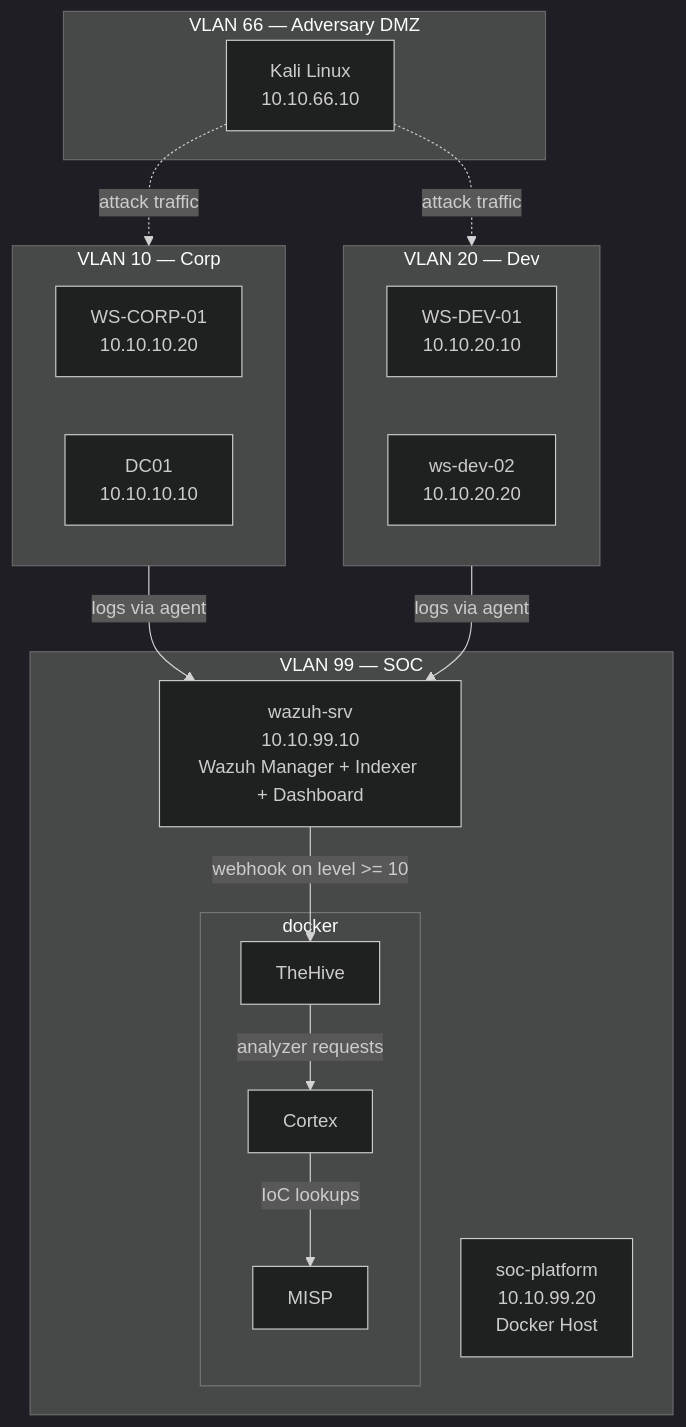
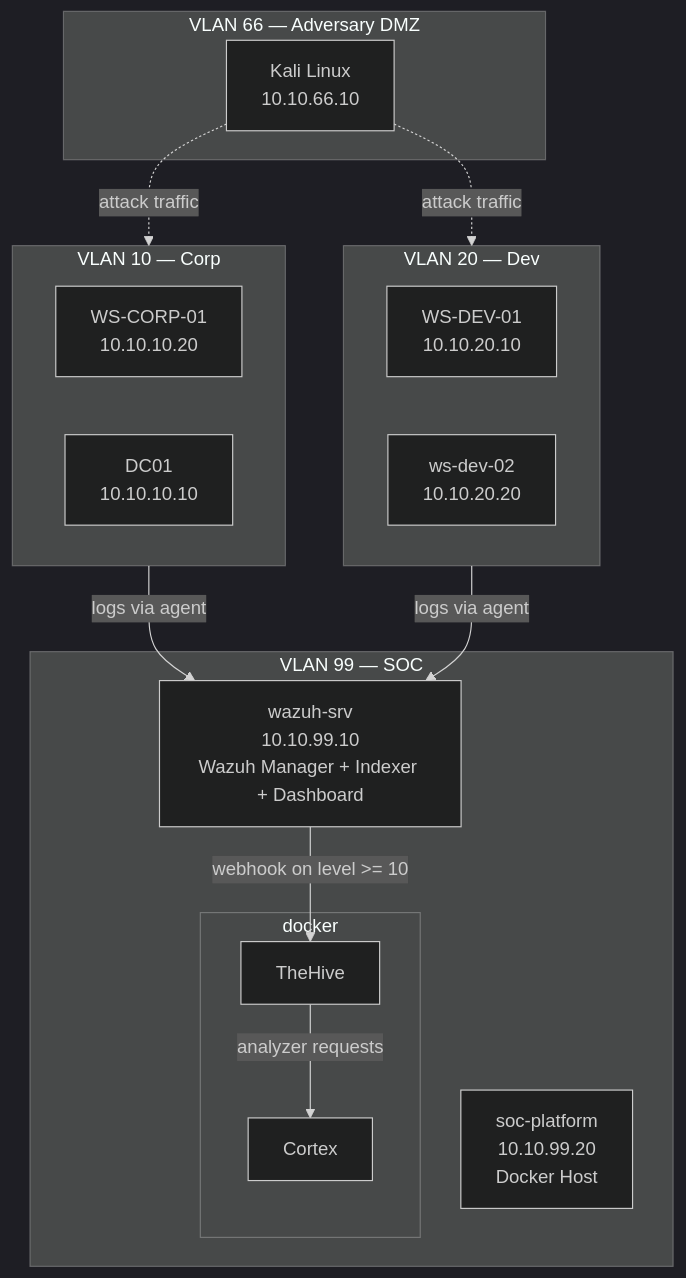
Before and after one commit to DanielBandarica02/SOC-HomeLab: the diagram in docs/07-soc-platform/01-architecture.md, drawn with Mermaid (dark theme). The commit also changed other lines of this file, not shown here.

First line of the commit message:
Remove MISP from SOC platform architecture

````diff
--- a/docs/07-soc-platform/01-architecture.md
+++ b/docs/07-soc-platform/01-architecture.md
@@ -32,34 +30,32 @@
 ```mermaid
 flowchart TB
     subgraph vlan66[VLAN 66 — Adversary DMZ]
         kali[Kali Linux<br/>10.10.66.10]
     end
  
     subgraph vlan10[VLAN 10 — Corp]
         wscorp[WS-CORP-01<br/>10.10.10.20]
         dc[DC01<br/>10.10.10.10]
     end
  
     subgraph vlan20[VLAN 20 — Dev]
         wsdev01[WS-DEV-01<br/>10.10.20.10]
         wsdev02[ws-dev-02<br/>10.10.20.20]
     end
  
     subgraph vlan99[VLAN 99 — SOC]
         wazuhsrv[wazuh-srv<br/>10.10.99.10<br/>Wazuh Manager + Indexer + Dashboard]
         socplatform[soc-platform<br/>10.10.99.20<br/>Docker Host]
         subgraph docker
             thehive[TheHive]
             cortex[Cortex]
-            misp[MISP]
         end
     end
  
     kali -.->|attack traffic| vlan10
     kali -.->|attack traffic| vlan20
     vlan10 -->|logs via agent| wazuhsrv
     vlan20 -->|logs via agent| wazuhsrv
     wazuhsrv -->|webhook on level >= 10| thehive
     thehive -->|analyzer requests| cortex
-    cortex -->|IoC lookups| misp
 ```
````
